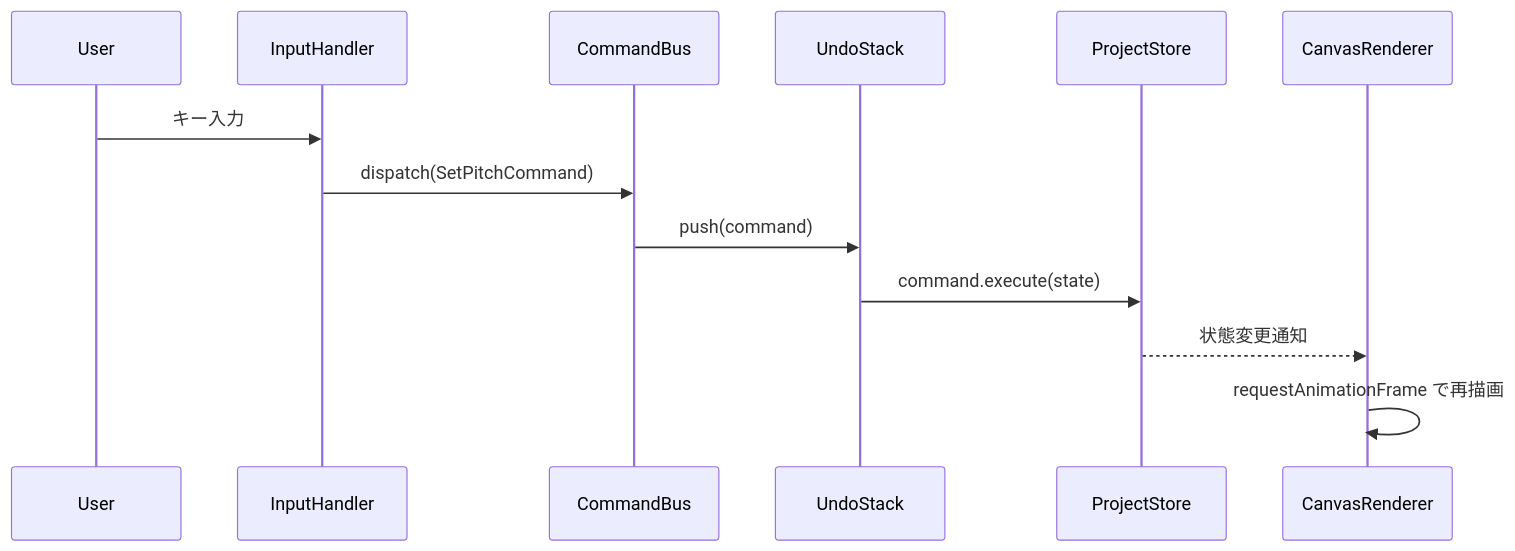
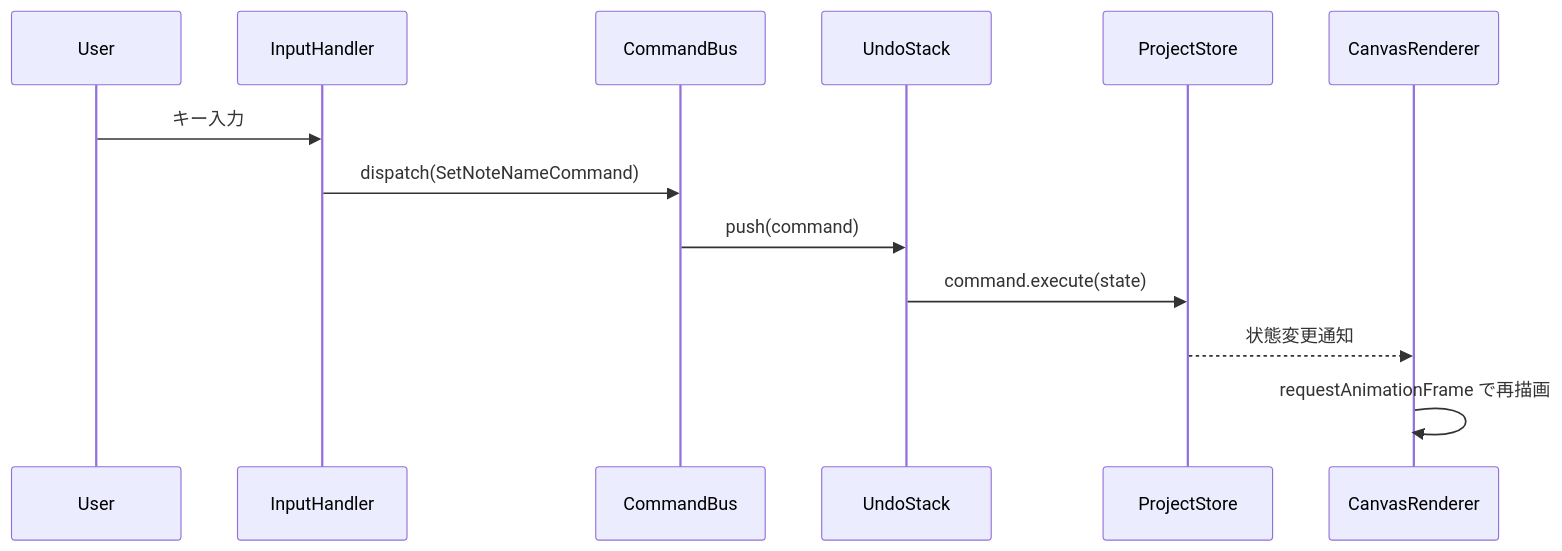
The second of 2 diagrams in .kiro/specs/score-notation-app/design.md (ky5bass/myscore), drawn with Mermaid before and after one commit. The commit also changed other lines of this file, not shown here.

````diff
--- a/.kiro/specs/score-notation-app/design.md
+++ b/.kiro/specs/score-notation-app/design.md
@@ -84,16 +84,16 @@
 ```mermaid
 sequenceDiagram
     participant User
     participant InputHandler
     participant CommandBus
     participant UndoStack
     participant ProjectStore
     participant CanvasRenderer
 
     User->>InputHandler: キー入力
-    InputHandler->>CommandBus: dispatch(SetPitchCommand)
+    InputHandler->>CommandBus: dispatch(SetNoteNameCommand)
     CommandBus->>UndoStack: push(command)
     UndoStack->>ProjectStore: command.execute(state)
     ProjectStore-->>CanvasRenderer: 状態変更通知
     CanvasRenderer->>CanvasRenderer: requestAnimationFrame で再描画
 ```
````
